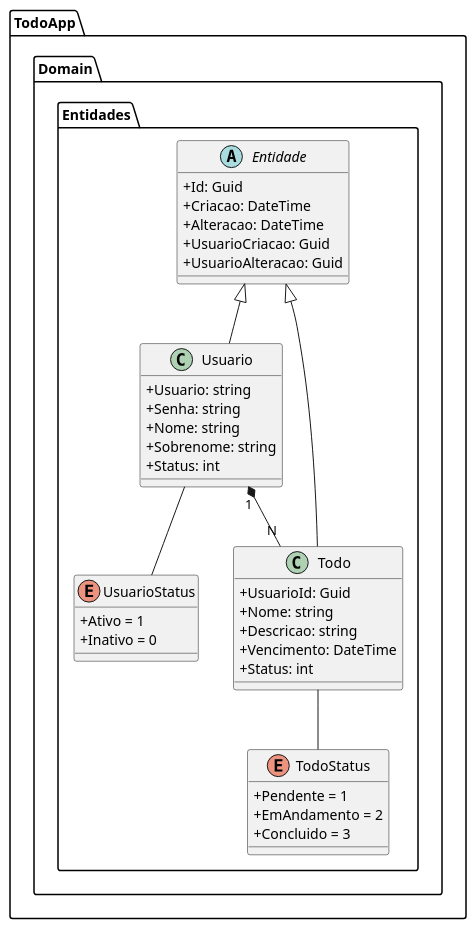
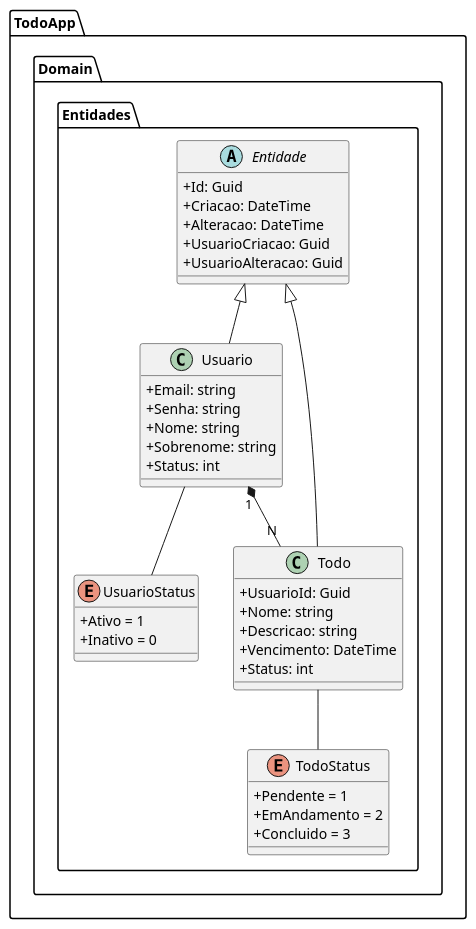
One commit to abjesus/TodoApp changed the diagram in umls/domain/todo-uml-domain.Entidades.iuml. Above: the diagram before and after it, drawn with PlantUML. The commit also changed 14 other files, not shown here.

```diff
--- a/umls/domain/todo-uml-domain.Entidades.iuml
+++ b/umls/domain/todo-uml-domain.Entidades.iuml
@@ -1,49 +1,49 @@
 @startuml TodoApp
 
 skinparam classAttributeIconSize 0
 
 namespace TodoApp.Domain.Entidades {
     abstract class Entidade {
         +Id: Guid
         +Criacao: DateTime
         +Alteracao: DateTime
         +UsuarioCriacao: Guid
         +UsuarioAlteracao: Guid
     }
 
     class Usuario {
-        +Usuario: string
+        +Email: string
         +Senha: string
         +Nome: string
         +Sobrenome: string
         +Status: int
     }
     class Todo {
         +UsuarioId: Guid
         +Nome: string
         +Descricao: string
         +Vencimento: DateTime
         +Status: int
     }
 
     enum TodoStatus {
         +Pendente = 1
         +EmAndamento = 2
         +Concluido = 3
     }
 
     enum UsuarioStatus {
         +Ativo = 1
         +Inativo = 0
     }
 
     Entidade <|-- Usuario
     Entidade <|-- Todo
 
     Todo -- TodoStatus
     Usuario -- UsuarioStatus
 
     Usuario "1" *-- "N" Todo
 }
 
 @enduml
```
